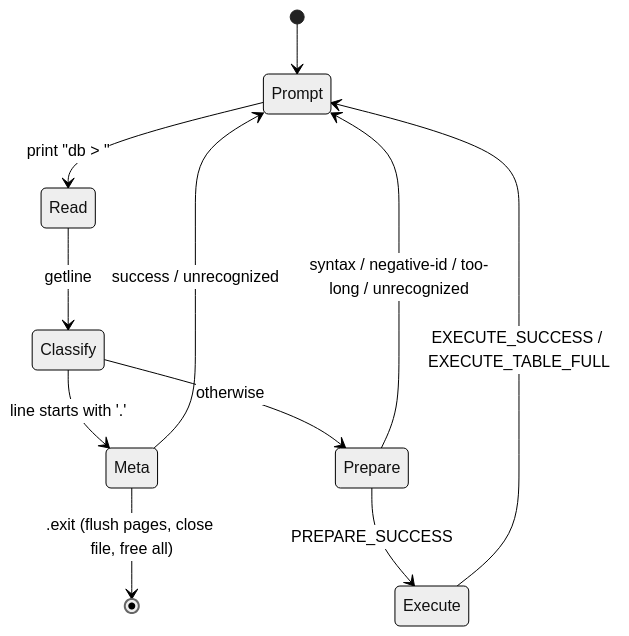
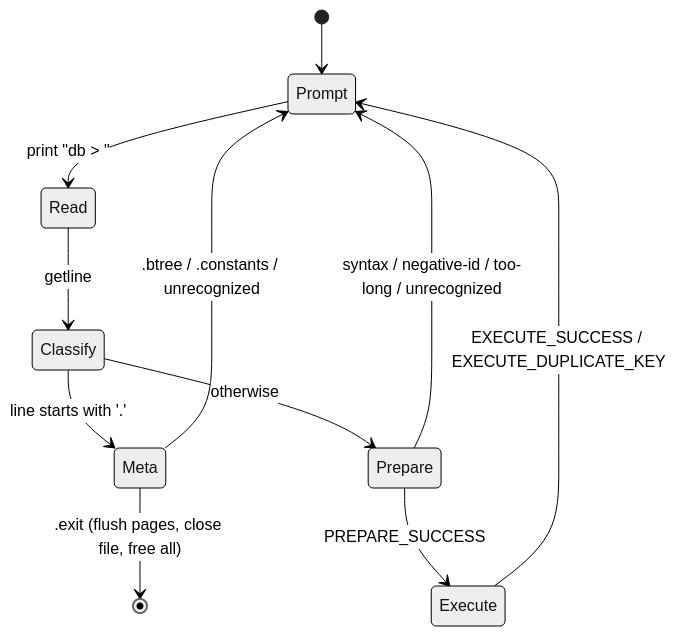
One commit to Rohitangshu2026/mini-sql changed diagram 11 of 16 in README.md. Above: the diagram before and after it, drawn with Mermaid (neutral theme). The commit also changed other lines of this file, not shown here.

````diff
--- a/README.md
+++ b/README.md
@@ -438,17 +600,17 @@
 ```mermaid
 stateDiagram-v2
     [*] --> Prompt
     Prompt --> Read : print "db > "
     Read --> Classify : getline
 
     Classify --> Meta : line starts with '.'
     Classify --> Prepare : otherwise
 
-    Meta --> Prompt : success / unrecognized
+    Meta --> Prompt : .btree / .constants / unrecognized
     Meta --> [*] : .exit (flush pages, close file, free all)
 
     Prepare --> Execute : PREPARE_SUCCESS
     Prepare --> Prompt : syntax / negative-id / too-long / unrecognized
 
-    Execute --> Prompt : EXECUTE_SUCCESS / EXECUTE_TABLE_FULL
+    Execute --> Prompt : EXECUTE_SUCCESS / EXECUTE_DUPLICATE_KEY
 ```
````
